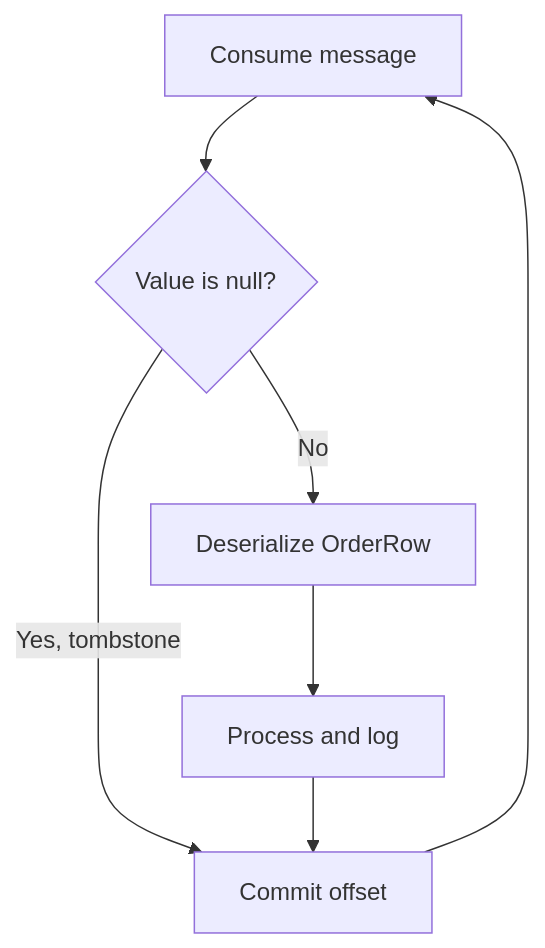
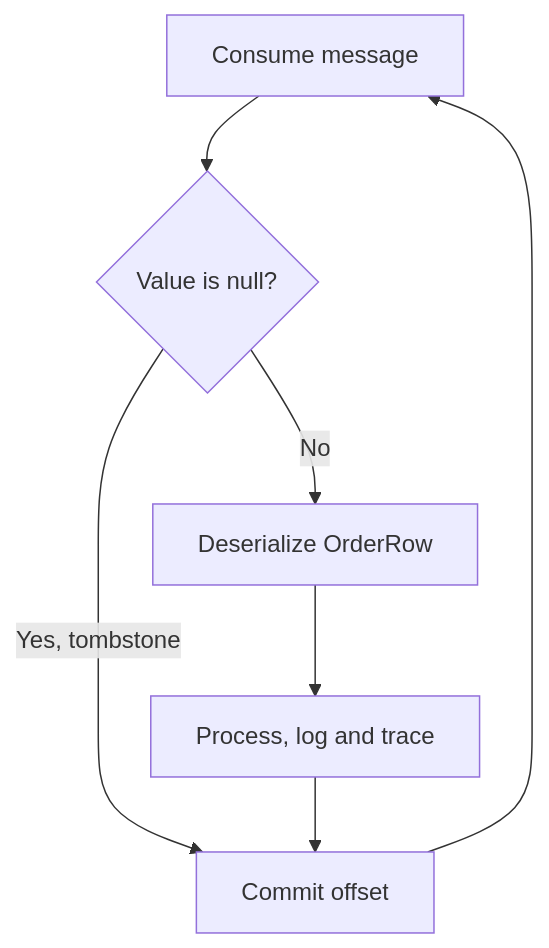
Before and after one commit to shadowjac/cdc-poc: the third of 3 diagrams in README.md, drawn with Mermaid. The commit also changed other lines of this file and 4 other files, not shown here.

````diff
--- a/README.md
+++ b/README.md
@@ -37,9 +40,9 @@
 ```mermaid
 flowchart TD
     A[Consume message] --> B{Value is null?}
     B -->|Yes, tombstone| E[Commit offset]
     B -->|No| C[Deserialize OrderRow]
-    C --> D[Process and log]
+    C --> D[Process, log and trace]
     D --> E
     E --> A
 ```
````
